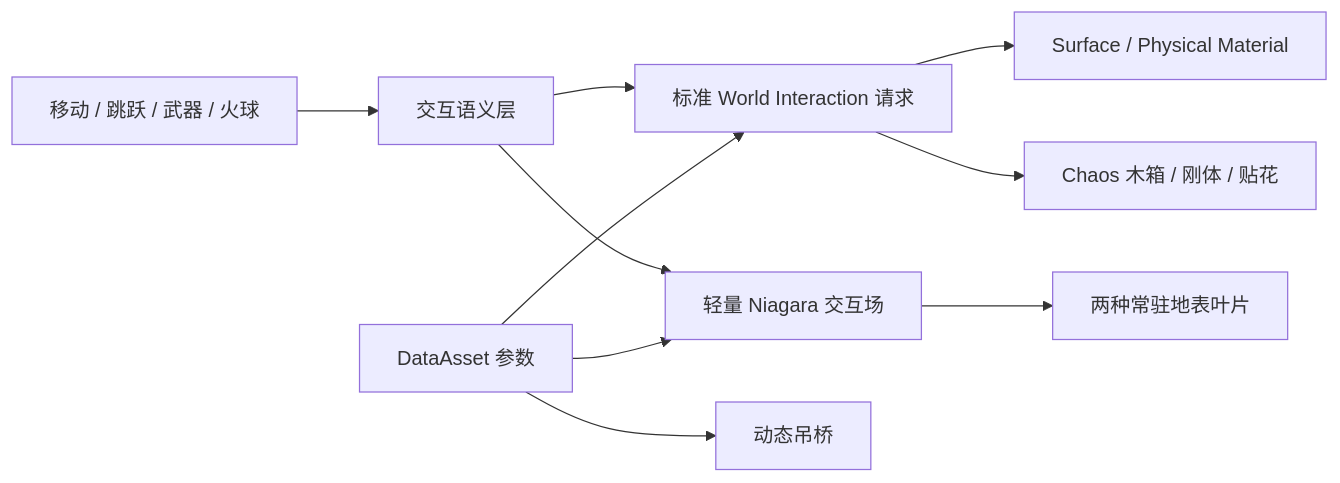
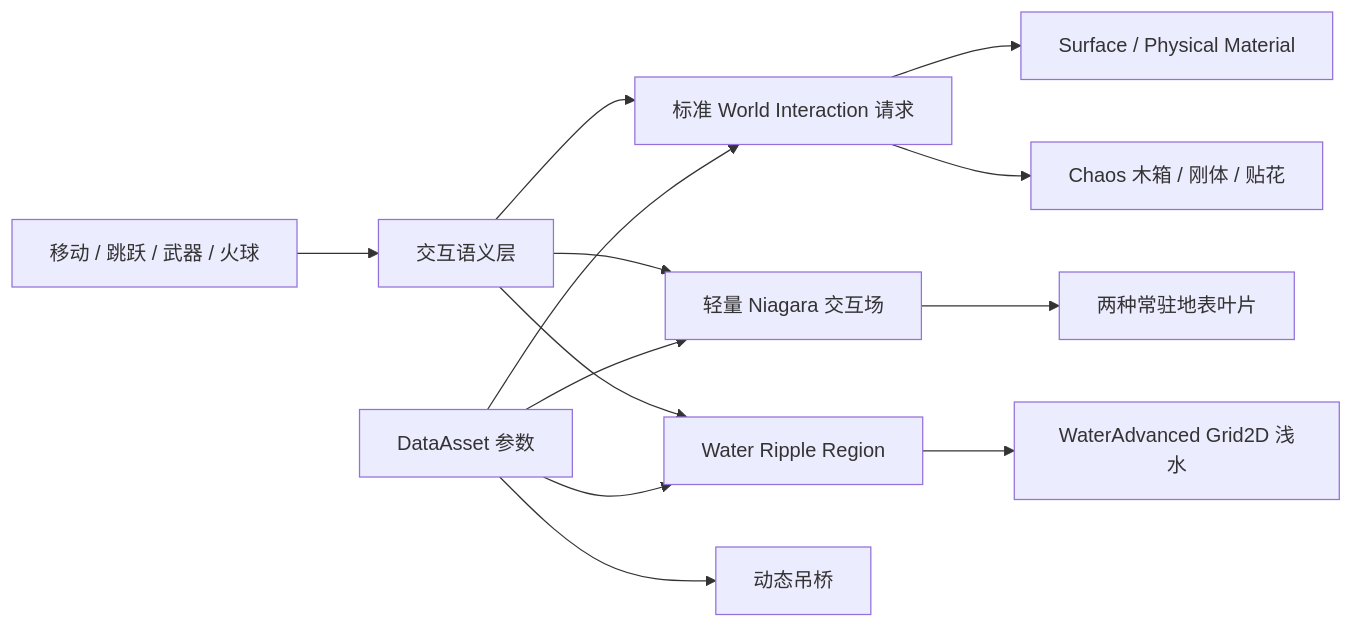
The diagram in README.md (GoodNatGod/UE5-Physics-Interaction-Demo), drawn with Mermaid before and after one commit. The commit also changed other lines of this file and 44 other files, not shown here.

Commit message:
feat: add WaterAdvanced dual-lake interaction

````diff
--- a/README.md
+++ b/README.md
@@ -53,12 +57,15 @@
 ```mermaid
 flowchart LR
     A["移动 / 跳跃 / 武器 / 火球"] --> B["交互语义层"]
     B --> C["标准 World Interaction 请求"]
     B --> D["轻量 Niagara 交互场"]
     C --> E["Surface / Physical Material"]
     C --> F["Chaos 木箱 / 刚体 / 贴花"]
     D --> G["两种常驻地表叶片"]
+    B --> J["Water Ripple Region"]
+    J --> K["WaterAdvanced Grid2D 浅水"]
     H["DataAsset 参数"] --> C
     H --> D
     H --> I["动态吊桥"]
+    H --> J
 ```
````
